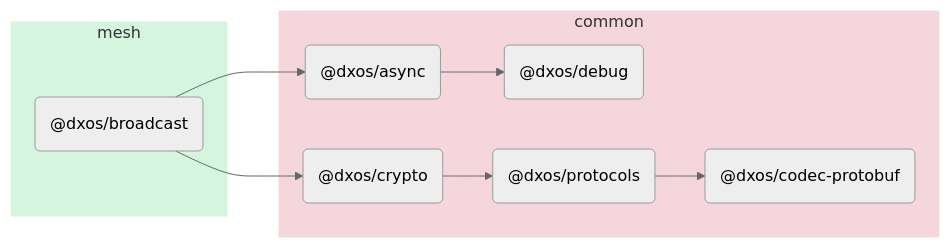
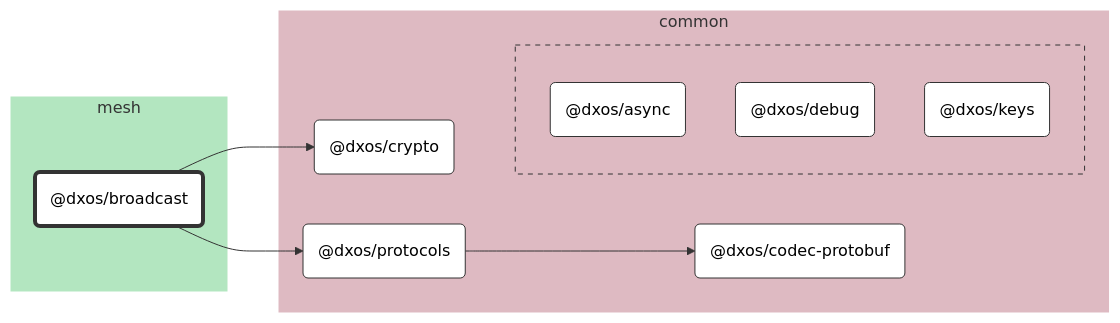
One commit to dxos/dxos changed the diagram in packages/mesh/broadcast/docs/README.md. Above: the diagram before and after it, drawn with Mermaid (neutral theme). The commit also changed other lines of this file and 89 other files, not shown here.

````diff
--- a/packages/mesh/broadcast/docs/README.md
+++ b/packages/mesh/broadcast/docs/README.md
@@ -5,23 +7,56 @@
 ```mermaid
-flowchart LR;
+%%{ init: {'flowchart':{'curve':'basis'}} }%%
 
+flowchart LR
+
+%% Links
+dxos/broadcast --> dxos/crypto;
+dxos/broadcast --> dxos/protocols;
+dxos/protocols --> dxos/codec-protobuf;
+
+%% Sections
 subgraph mesh
-  style mesh fill:#d6f5de,stroke:#fff;
-  dxos/broadcast("@dxos/broadcast");
+  style mesh fill:#b3e6c0,stroke:#fff;
+
+  dxos/broadcast("@dxos/broadcast")
 end
 
 subgraph common
-  style common fill:#f5d6dd,stroke:#fff;
-  dxos/async("@dxos/async");
-  dxos/debug("@dxos/debug");
-  dxos/codec-protobuf("@dxos/codec-protobuf");
-  dxos/crypto("@dxos/crypto");
-  dxos/protocols("@dxos/protocols");
+  style common fill:#debac2,stroke:#fff;
+
+  dxos/codec-protobuf("@dxos/codec-protobuf")
+  dxos/crypto("@dxos/crypto")
+  dxos/protocols("@dxos/protocols")
+
+  subgraph common-excluded [ ]
+    style common-excluded fill:#debac2,stroke:#333,stroke-dasharray:5 5;
+
+    dxos/async("@dxos/async")
+    dxos/debug("@dxos/debug")
+    dxos/keys("@dxos/keys")
+  end
 end
 
-dxos/broadcast --> dxos/async;
-dxos/async --> dxos/debug;
-dxos/broadcast --> dxos/crypto;
-dxos/crypto --> dxos/protocols;
-dxos/protocols --> dxos/codec-protobuf;
+
+%% Hyperlinks
+click dxos/async "dxos/dxos/tree/main/packages/common/async/docs";
+click dxos/codec-protobuf "dxos/dxos/tree/main/packages/common/codec-protobuf/docs";
+click dxos/crypto "dxos/dxos/tree/main/packages/common/crypto/docs";
+click dxos/debug "dxos/dxos/tree/main/packages/common/debug/docs";
+click dxos/keys "dxos/dxos/tree/main/packages/common/keys/docs";
+click dxos/protocols "dxos/dxos/tree/main/packages/common/protocols/docs";
+
+%% Styles
+classDef rootNode fill:#fff,stroke:#333,stroke-width:4px
+classDef defaultNode fill:#fff,stroke:#333,stroke-width:1px
+linkStyle default stroke:#333,stroke-width:1px
+
+dxos/broadcast:::rootNode
+
+dxos/async:::defaultNode
+dxos/codec-protobuf:::defaultNode
+dxos/crypto:::defaultNode
+dxos/debug:::defaultNode
+dxos/keys:::defaultNode
+dxos/protocols:::defaultNode
 ```
````
